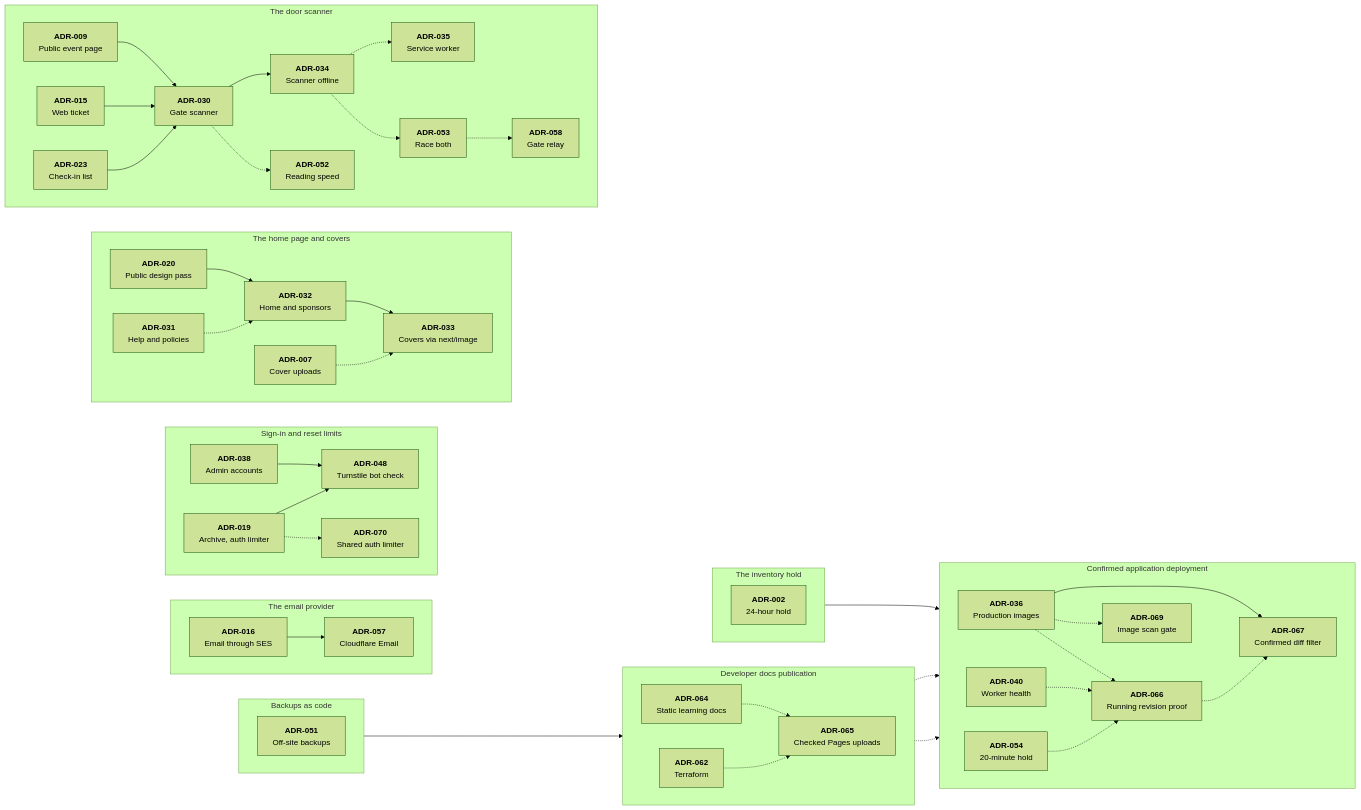
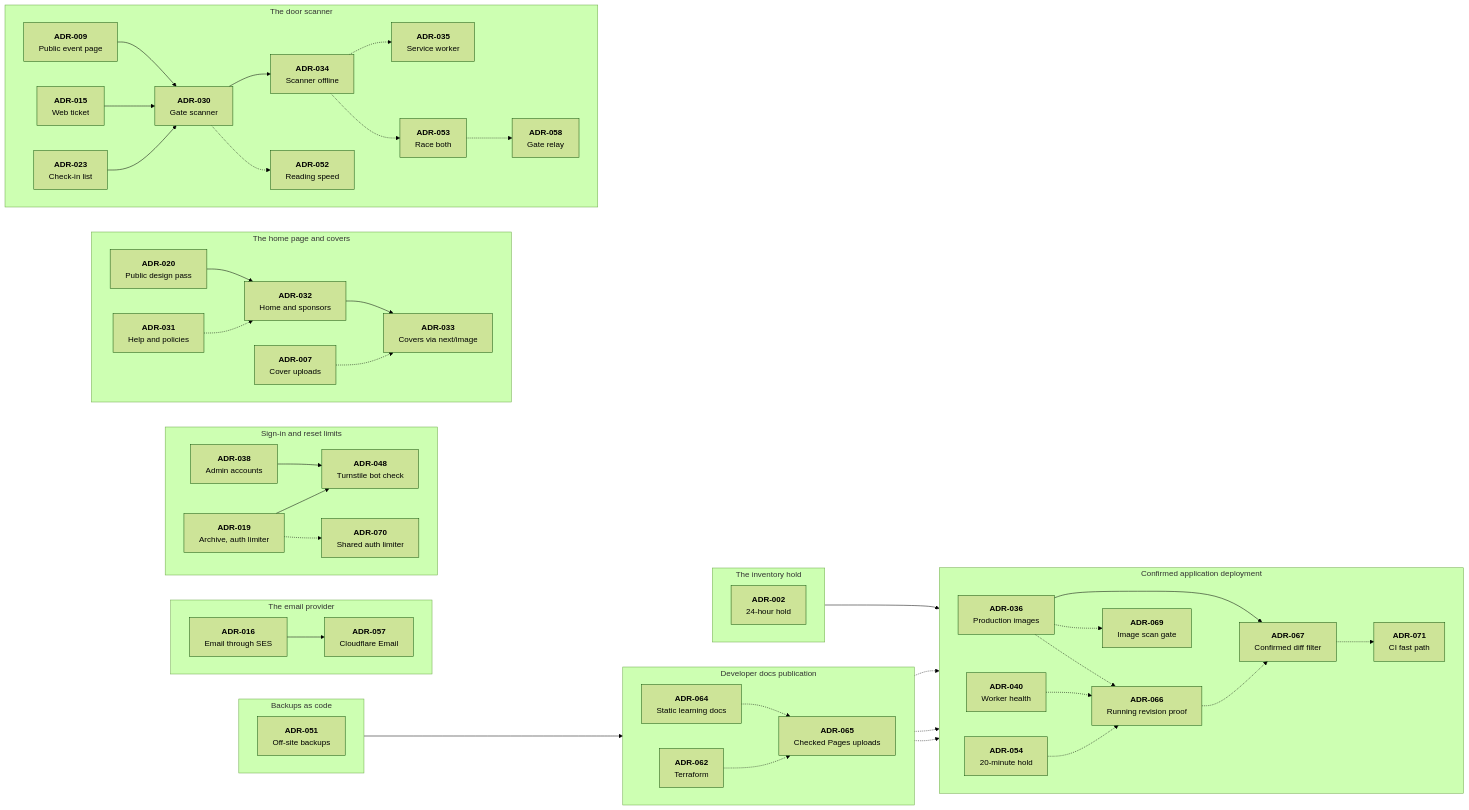
Before and after one commit to Ashfak-Hossain/EchoAndAura: the diagram in docs/decisions/README.md, drawn with Mermaid (forest theme). The commit also changed other lines of this file and 9 other files, not shown here.

```diff
--- a/docs/decisions/README.md
+++ b/docs/decisions/README.md
@@ -75,6 +75,8 @@
         Confirmed diff filter`"]
         a069["`**ADR-069**
         Image scan gate`"]
+        a071["`**ADR-071**
+        CI fast path`"]
         a036 -.-> a066
         a040 -.-> a066
         a054 -.-> a066
@@ -83,6 +85,8 @@
         a065 -.-> a067
         a066 -.-> a067
         a036 -.-> a069
+        a065 -.-> a071
+        a067 -.-> a071
     end
     %% Mermaid draws the last group on top, so the groups are declared bottom first.
     subgraph backups ["Backups as code"]
```
